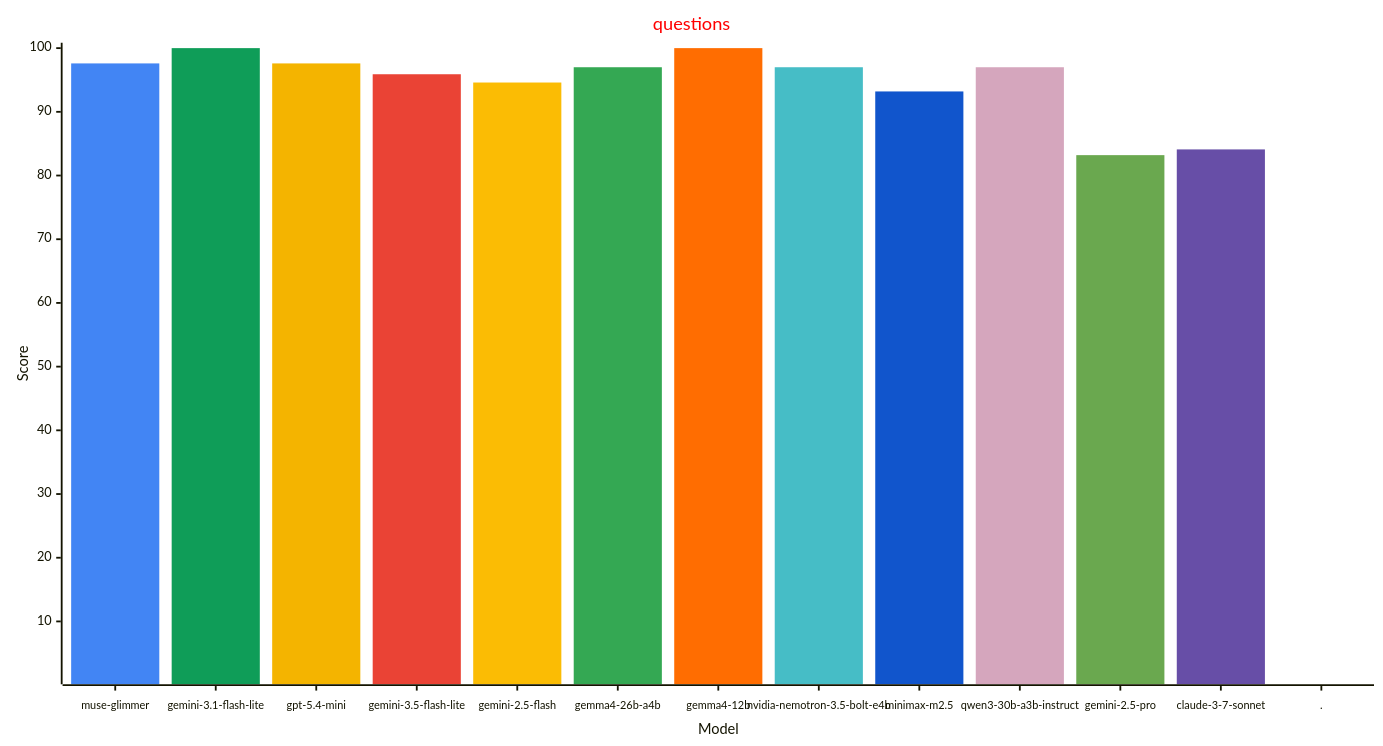
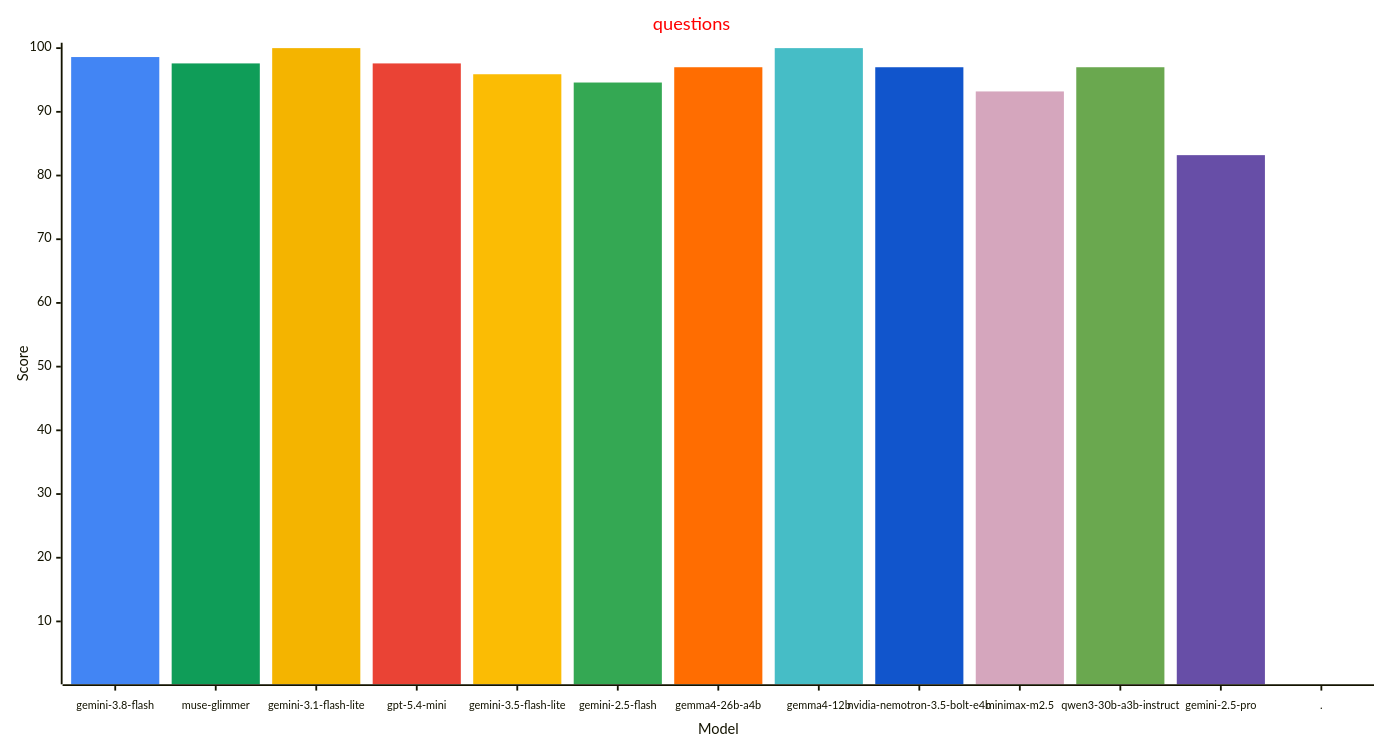
The third of 4 diagrams in reports/README.md (allenporter/home-assistant-datasets), drawn with Mermaid before and after one commit. The commit also changed other lines of this file, not shown here.

````diff
--- a/reports/README.md
+++ b/reports/README.md
@@ -182,33 +183,33 @@
 ```mermaid
 ---
 config:
     xyChart:
         width: 1500
         height: 800
         xAxis:
           labelFontSize: 12
           labelPadding: 8
     themeVariables:
         xyChart:
             titleColor: "#ff0000"
             plotColorPalette: "#4285f4, #0f9d58, #f4b400, #ea4335, #fbbc04, #34a853, #ff6d01, #46bdc6, #1155cc, #d5a6bd, #6aa84f, #674ea7, #4285f4"
 
 ---
 xychart-beta
   title "questions"
-  x-axis "Model" [muse-glimmer, gemini-3.1-flash-lite, gpt-5.4-mini, gemini-3.5-flash-lite, gemini-2.5-flash, gemma4-26b-a4b, gemma4-12b, nvidia-nemotron-3.5-bolt-e4b, minimax-m2.5, qwen3-30b-a3b-instruct, gemini-2.5-pro, claude-3-7-sonnet, .]
+  x-axis "Model" [gemini-3.8-flash, muse-glimmer, gemini-3.1-flash-lite, gpt-5.4-mini, gemini-3.5-flash-lite, gemini-2.5-flash, gemma4-26b-a4b, gemma4-12b, nvidia-nemotron-3.5-bolt-e4b, minimax-m2.5, qwen3-30b-a3b-instruct, gemini-2.5-pro, .]
   y-axis "Score" 1 --> 100
-  bar [97.6, 0.0, 0.0, 0.0, 0.0, 0.0, 0.0, 0.0, 0.0, 0.0, 0.0, 0.0, 0.0]
-  bar [0.0, 100.0, 0.0, 0.0, 0.0, 0.0, 0.0, 0.0, 0.0, 0.0, 0.0, 0.0, 0.0]
-  bar [0.0, 0.0, 97.6, 0.0, 0.0, 0.0, 0.0, 0.0, 0.0, 0.0, 0.0, 0.0, 0.0]
-  bar [0.0, 0.0, 0.0, 95.9, 0.0, 0.0, 0.0, 0.0, 0.0, 0.0, 0.0, 0.0, 0.0]
-  bar [0.0, 0.0, 0.0, 0.0, 94.6, 0.0, 0.0, 0.0, 0.0, 0.0, 0.0, 0.0, 0.0]
-  bar [0.0, 0.0, 0.0, 0.0, 0.0, 97.0, 0.0, 0.0, 0.0, 0.0, 0.0, 0.0, 0.0]
-  bar [0.0, 0.0, 0.0, 0.0, 0.0, 0.0, 100.0, 0.0, 0.0, 0.0, 0.0, 0.0, 0.0]
-  bar [0.0, 0.0, 0.0, 0.0, 0.0, 0.0, 0.0, 97.0, 0.0, 0.0, 0.0, 0.0, 0.0]
-  bar [0.0, 0.0, 0.0, 0.0, 0.0, 0.0, 0.0, 0.0, 93.2, 0.0, 0.0, 0.0, 0.0]
-  bar [0.0, 0.0, 0.0, 0.0, 0.0, 0.0, 0.0, 0.0, 0.0, 97.0, 0.0, 0.0, 0.0]
-  bar [0.0, 0.0, 0.0, 0.0, 0.0, 0.0, 0.0, 0.0, 0.0, 0.0, 83.2, 0.0, 0.0]
-  bar [0.0, 0.0, 0.0, 0.0, 0.0, 0.0, 0.0, 0.0, 0.0, 0.0, 0.0, 84.1, 0.0]
+  bar [98.6, 0.0, 0.0, 0.0, 0.0, 0.0, 0.0, 0.0, 0.0, 0.0, 0.0, 0.0, 0.0]
+  bar [0.0, 97.6, 0.0, 0.0, 0.0, 0.0, 0.0, 0.0, 0.0, 0.0, 0.0, 0.0, 0.0]
+  bar [0.0, 0.0, 100.0, 0.0, 0.0, 0.0, 0.0, 0.0, 0.0, 0.0, 0.0, 0.0, 0.0]
+  bar [0.0, 0.0, 0.0, 97.6, 0.0, 0.0, 0.0, 0.0, 0.0, 0.0, 0.0, 0.0, 0.0]
+  bar [0.0, 0.0, 0.0, 0.0, 95.9, 0.0, 0.0, 0.0, 0.0, 0.0, 0.0, 0.0, 0.0]
+  bar [0.0, 0.0, 0.0, 0.0, 0.0, 94.6, 0.0, 0.0, 0.0, 0.0, 0.0, 0.0, 0.0]
+  bar [0.0, 0.0, 0.0, 0.0, 0.0, 0.0, 97.0, 0.0, 0.0, 0.0, 0.0, 0.0, 0.0]
+  bar [0.0, 0.0, 0.0, 0.0, 0.0, 0.0, 0.0, 100.0, 0.0, 0.0, 0.0, 0.0, 0.0]
+  bar [0.0, 0.0, 0.0, 0.0, 0.0, 0.0, 0.0, 0.0, 97.0, 0.0, 0.0, 0.0, 0.0]
+  bar [0.0, 0.0, 0.0, 0.0, 0.0, 0.0, 0.0, 0.0, 0.0, 93.2, 0.0, 0.0, 0.0]
+  bar [0.0, 0.0, 0.0, 0.0, 0.0, 0.0, 0.0, 0.0, 0.0, 0.0, 97.0, 0.0, 0.0]
+  bar [0.0, 0.0, 0.0, 0.0, 0.0, 0.0, 0.0, 0.0, 0.0, 0.0, 0.0, 83.2, 0.0]
   bar [0.0, 0.0, 0.0, 0.0, 0.0, 0.0, 0.0, 0.0, 0.0, 0.0, 0.0, 0.0, -1.0]
 ```
````
